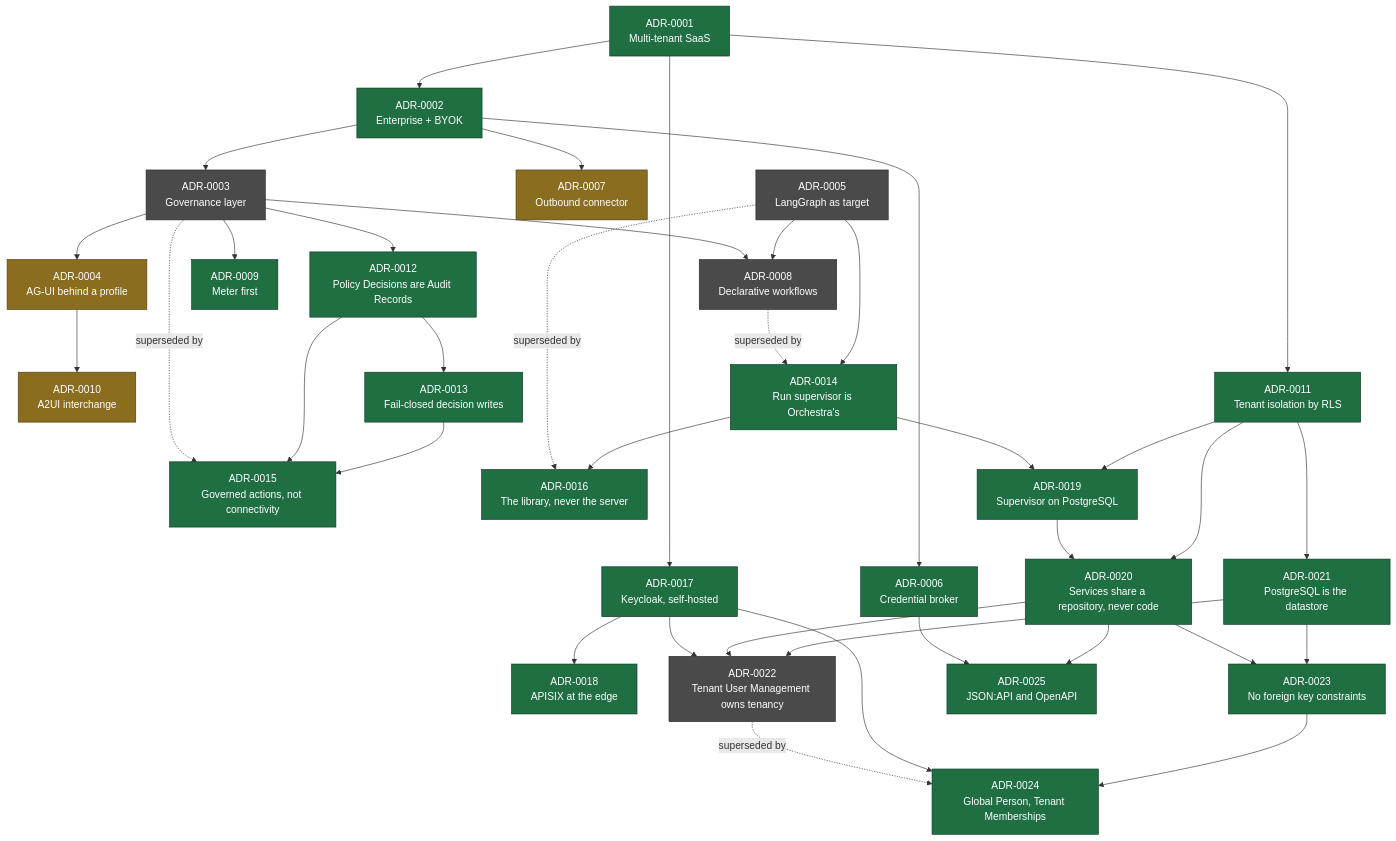
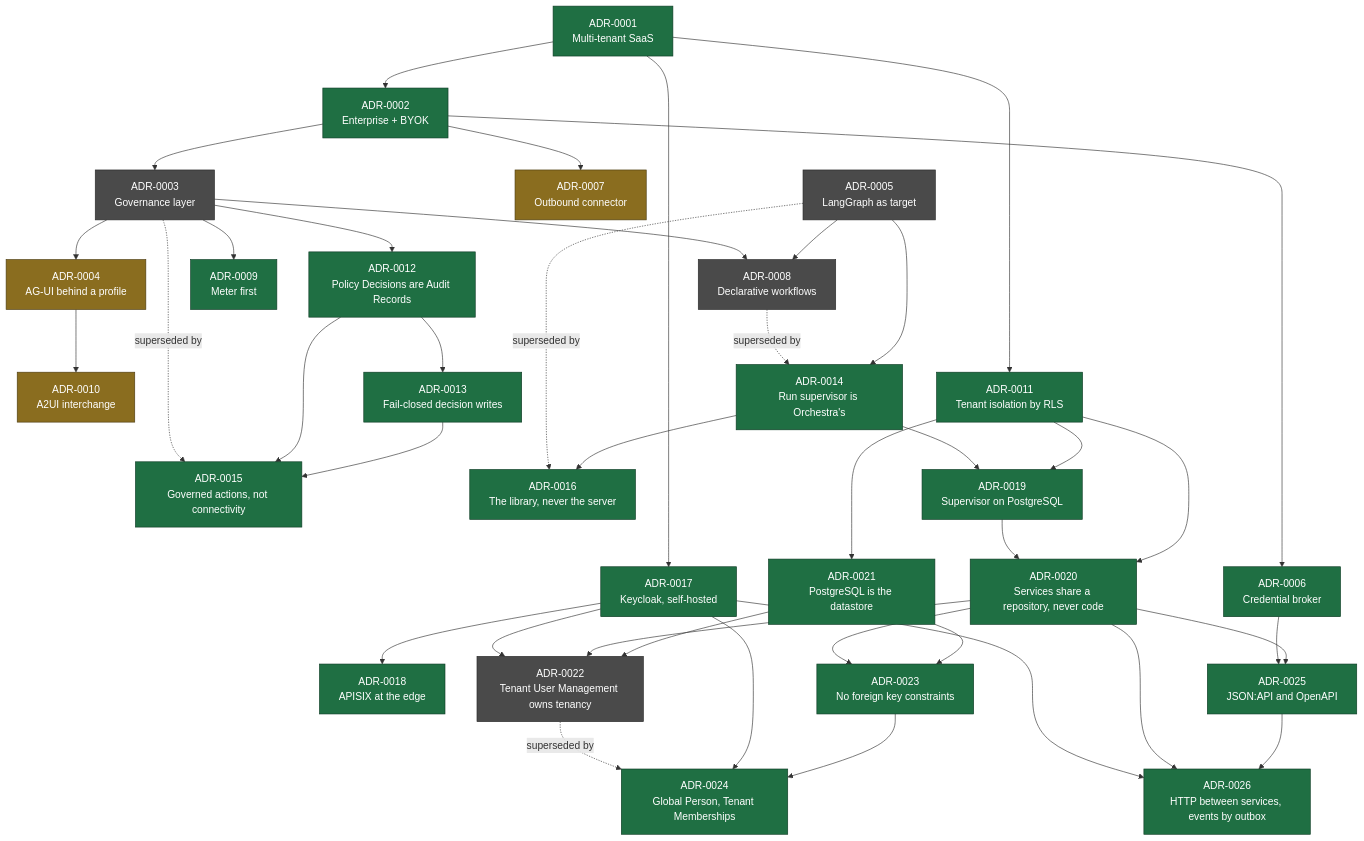
One commit to ayesigapaul/orchestra changed the diagram in docs/adr/section-index.md. Above: the diagram before and after it, drawn with Mermaid. The commit also changed other lines of this file and 12 other files, not shown here.

````diff
--- a/docs/adr/section-index.md
+++ b/docs/adr/section-index.md
@@ -58,46 +59,49 @@
 ```mermaid
 flowchart TD
   A1["ADR-0001<br/>Multi-tenant SaaS"] --> A2["ADR-0002<br/>Enterprise + BYOK"]
   A2 --> A3["ADR-0003<br/>Governance layer"]
   A2 --> A6["ADR-0006<br/>Credential broker"]
   A2 --> A7["ADR-0007<br/>Outbound connector"]
   A3 --> A4["ADR-0004<br/>AG-UI behind a profile"]
   A3 --> A8["ADR-0008<br/>Declarative workflows"]
   A3 --> A9["ADR-0009<br/>Meter first"]
   A5["ADR-0005<br/>LangGraph as target"] --> A8
   A4 --> A10["ADR-0010<br/>A2UI interchange"]
   A1 --> A11["ADR-0011<br/>Tenant isolation by RLS"]
   A3 --> A12["ADR-0012<br/>Policy Decisions are Audit Records"]
   A12 --> A13["ADR-0013<br/>Fail-closed decision writes"]
   A8 -.->|superseded by| A14["ADR-0014<br/>Run supervisor is Orchestra's"]
   A5 --> A14
   A3 -.->|superseded by| A15["ADR-0015<br/>Governed actions, not connectivity"]
   A12 --> A15
   A13 --> A15
   A5 -.->|superseded by| A16["ADR-0016<br/>The library, never the server"]
   A14 --> A16
   A1 --> A17["ADR-0017<br/>Keycloak, self-hosted"]
   A17 --> A18["ADR-0018<br/>APISIX at the edge"]
   A14 --> A19["ADR-0019<br/>Supervisor on PostgreSQL"]
   A11 --> A19
   A19 --> A20["ADR-0020<br/>Services share a repository, never code"]
   A11 --> A20
   A11 --> A21["ADR-0021<br/>PostgreSQL is the datastore"]
   A17 --> A22["ADR-0022<br/>Tenant User Management owns tenancy"]
   A20 --> A22
   A21 --> A22
   A20 --> A23["ADR-0023<br/>No foreign key constraints"]
   A21 --> A23
   A22 -.->|superseded by| A24["ADR-0024<br/>Global Person, Tenant Memberships"]
   A17 --> A24
   A23 --> A24
   A6 --> A25["ADR-0025<br/>JSON:API and OpenAPI"]
   A20 --> A25
+  A17 --> A26["ADR-0026<br/>HTTP between services, events by outbox"]
+  A20 --> A26
+  A25 --> A26
 
   classDef accepted fill:#1f6f43,stroke:#0d3b24,color:#fff;
   classDef proposed fill:#8a6d1f,stroke:#4d3c10,color:#fff;
   classDef superseded fill:#4a4a4a,stroke:#2a2a2a,color:#fff;
-  class A1,A2,A6,A9,A11,A12,A13,A14,A15,A16,A17,A18,A19,A20,A21,A23,A24,A25 accepted;
+  class A1,A2,A6,A9,A11,A12,A13,A14,A15,A16,A17,A18,A19,A20,A21,A23,A24,A25,A26 accepted;
   class A4,A7,A10 proposed;
   class A3,A5,A8,A22 superseded;
 ```
````
